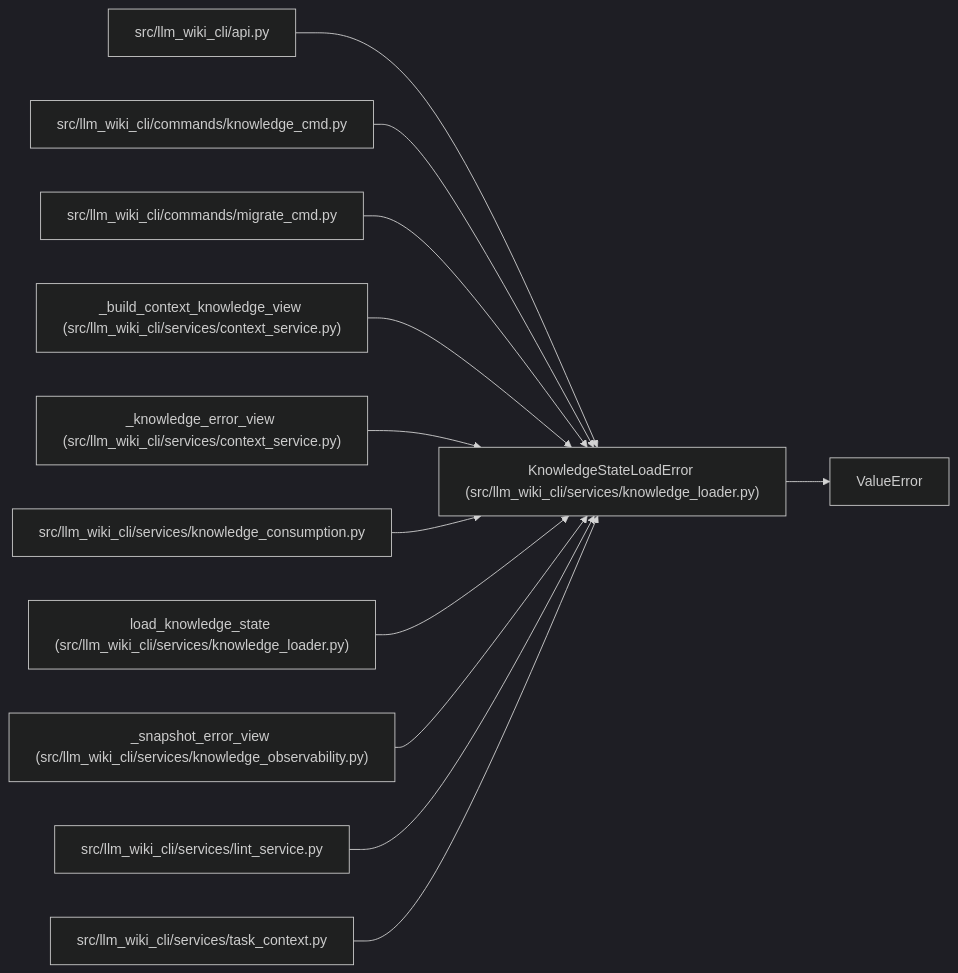
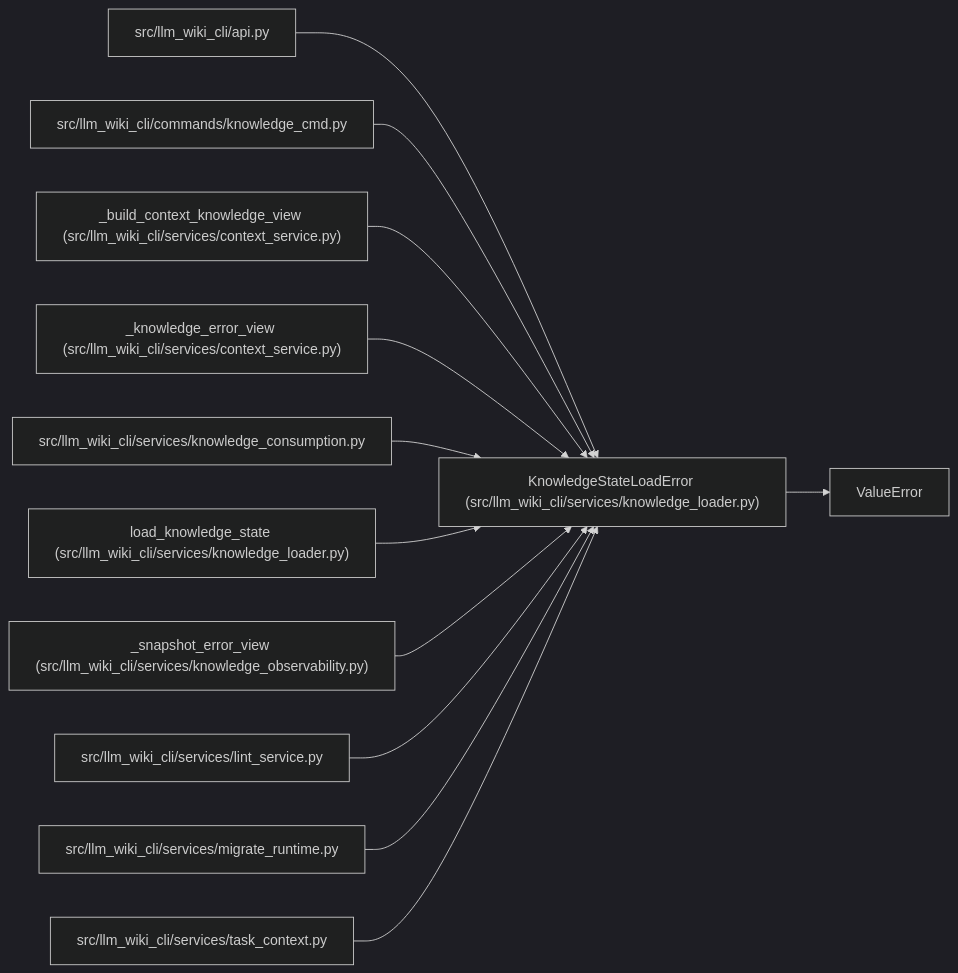
Before and after one commit to Denissvgn/python-wiki-llm: the diagram in docs/llm_wiki/entities/KnowledgeStateLoadError.md, drawn with Mermaid (dark theme). The commit also changed other lines of this file and 1555 other files, not shown here.

````diff
--- a/docs/llm_wiki/entities/KnowledgeStateLoadError.md
+++ b/docs/llm_wiki/entities/KnowledgeStateLoadError.md
@@ -25,37 +25,37 @@
 ```mermaid
 flowchart LR
     n0["KnowledgeStateLoadError (src/llm_wiki_cli/services/knowledge_loader.py)"]
     n1["ValueError"]
     n2["src/llm_wiki_cli/api.py"]
     n3["src/llm_wiki_cli/commands/knowledge_cmd.py"]
-    n4["src/llm_wiki_cli/commands/migrate_cmd.py"]
-    n5["_build_context_knowledge_view (src/llm_wiki_cli/services/context_service.py)"]
-    n6["_knowledge_error_view (src/llm_wiki_cli/services/context_service.py)"]
-    n7["src/llm_wiki_cli/services/knowledge_consumption.py"]
-    n8["load_knowledge_state (src/llm_wiki_cli/services/knowledge_loader.py)"]
-    n9["_snapshot_error_view (src/llm_wiki_cli/services/knowledge_observability.py)"]
-    n10["src/llm_wiki_cli/services/lint_service.py"]
+    n4["_build_context_knowledge_view (src/llm_wiki_cli/services/context_service.py)"]
+    n5["_knowledge_error_view (src/llm_wiki_cli/services/context_service.py)"]
+    n6["src/llm_wiki_cli/services/knowledge_consumption.py"]
+    n7["load_knowledge_state (src/llm_wiki_cli/services/knowledge_loader.py)"]
+    n8["_snapshot_error_view (src/llm_wiki_cli/services/knowledge_observability.py)"]
+    n9["src/llm_wiki_cli/services/lint_service.py"]
+    n10["src/llm_wiki_cli/services/migrate_runtime.py"]
     n11["src/llm_wiki_cli/services/task_context.py"]
     n0 --> n1
     n2 --> n0
     n3 --> n0
     n4 --> n0
     n5 --> n0
     n6 --> n0
     n7 --> n0
     n8 --> n0
     n9 --> n0
     n10 --> n0
     n11 --> n0
     click n0 "../modules/knowledge_loader.md"
     click n2 "../modules/api.md"
     click n3 "../modules/knowledge_cmd.md"
-    click n4 "../modules/migrate_cmd.md"
+    click n4 "../modules/context_service.md"
     click n5 "../modules/context_service.md"
-    click n6 "../modules/context_service.md"
-    click n7 "../modules/knowledge_consumption.md"
-    click n8 "../modules/knowledge_loader.md"
-    click n9 "../modules/knowledge_observability.md"
-    click n10 "../modules/lint_service.md"
+    click n6 "../modules/knowledge_consumption.md"
+    click n7 "../modules/knowledge_loader.md"
+    click n8 "../modules/knowledge_observability.md"
+    click n9 "../modules/lint_service.md"
+    click n10 "../modules/migrate_runtime.md"
     click n11 "../modules/task_context.md"
 ```
````
